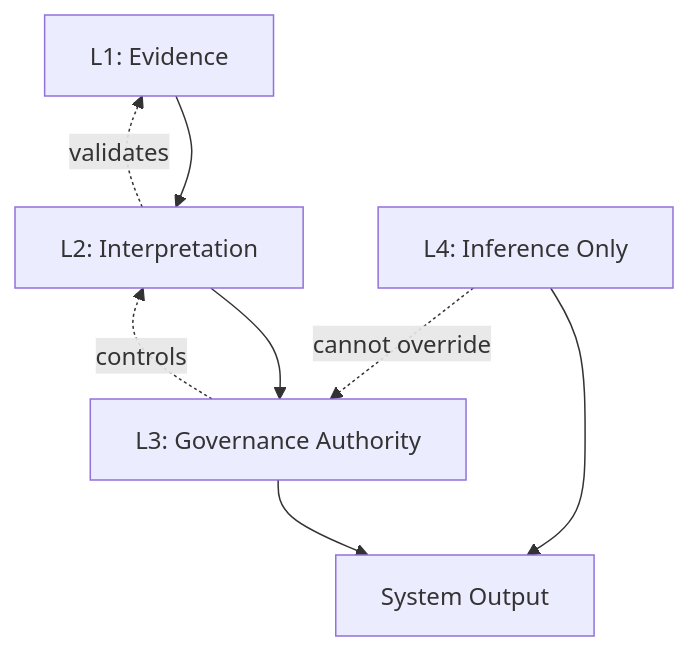
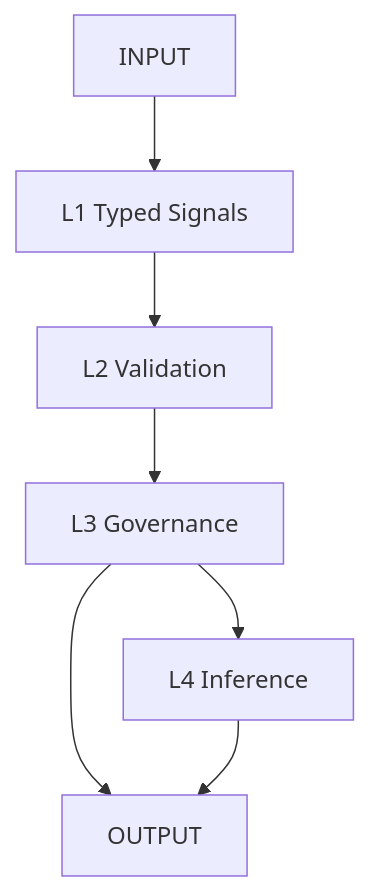
The fifth of 5 diagrams in README.md (GeneralSergal/ORP), drawn with Mermaid before and after one commit. The commit also changed other lines of this file, not shown here.

````diff
--- a/README.md
+++ b/README.md
@@ -285,14 +169,10 @@
 ```mermaid
 flowchart TD
-    L1[L1: Evidence]
-    L2[L2: Interpretation]
-    L3[L3: Governance Authority]
-    L4[L4: Inference Only]
+    A[INPUT] --> B[L1 Typed Signals]
+    B --> C[L2 Validation]
+    C --> D[L3 Governance]
+    D --> E[OUTPUT]
 
-    L1 --> L2 --> L3 --> OUTPUT[System Output]
-    L4 --> OUTPUT
-
-    L4 -. cannot override .-> L3
-    L3 -. controls .-> L2
-    L2 -. validates .-> L1
+    D --> F[L4 Inference]
+    F --> E
 ```
````
